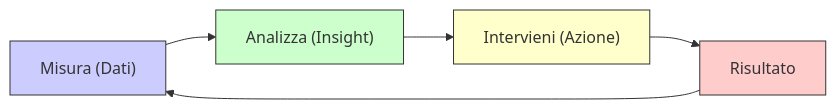
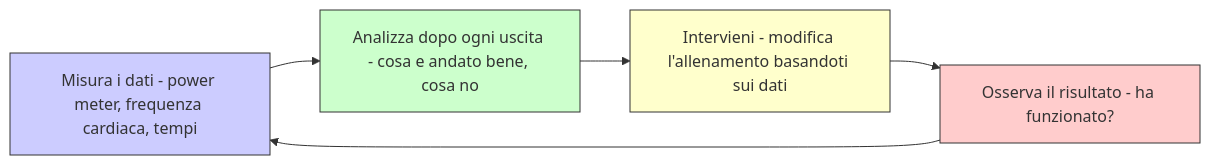
Before and after one commit to AndreyBertasini/gynnitech: the second of 2 diagrams in src/content/blog/dati-sport-ciclismo.mdx, drawn with Mermaid. The commit also changed other lines of this file and 27 other files, not shown here.

````diff
--- a/src/content/blog/dati-sport-ciclismo.mdx
+++ b/src/content/blog/dati-sport-ciclismo.mdx
@@ -132,12 +157,12 @@
 ```mermaid
 graph LR
-    A["Misura (Dati)"] --> B["Analizza (Insight)"]
-    B --> C["Intervieni (Azione)"]
-    C --> D["Risultato"]
+    A["Misura i dati - power meter, frequenza cardiaca, tempi"] --> B["Analizza dopo ogni uscita - cosa e andato bene, cosa no"]
+    B --> C["Intervieni - modifica l'allenamento basandoti sui dati"]
+    C --> D["Osserva il risultato - ha funzionato?"]
     D --> A
-    
+
     style A fill:#ccccff,stroke:#333
     style B fill:#ccffcc,stroke:#333
     style C fill:#ffffcc,stroke:#333
     style D fill:#ffcccc,stroke:#333
 ```
````
